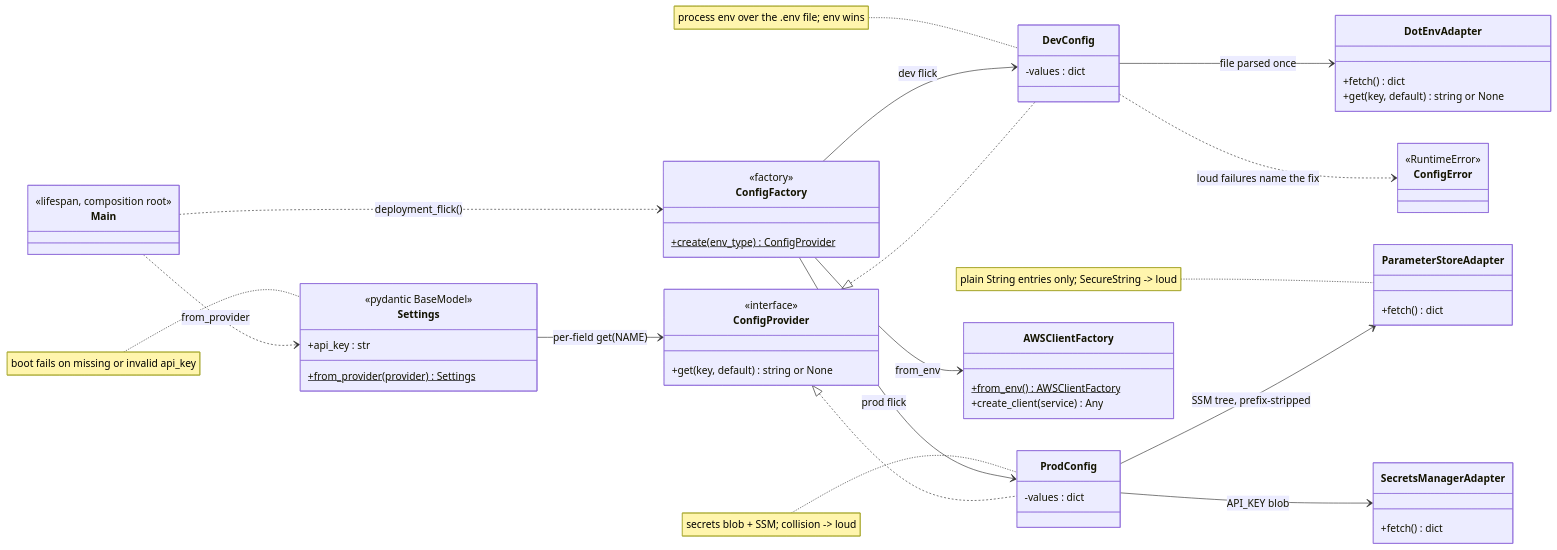
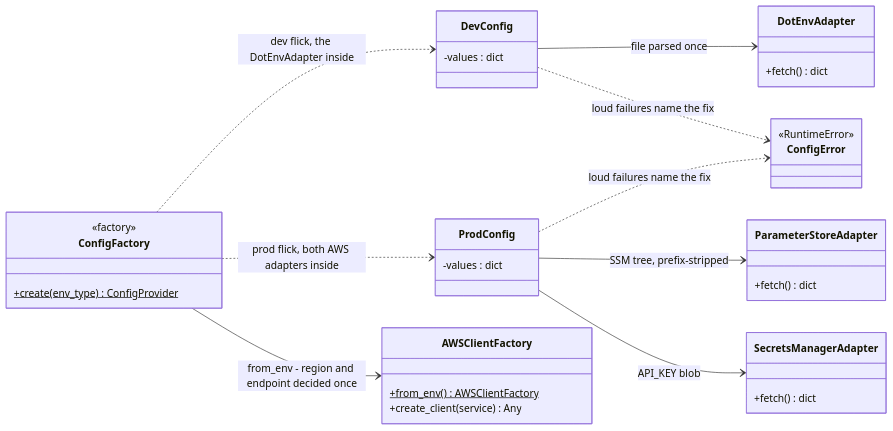
One commit to kunalPisolkar24/detectAI changed the second of 3 diagrams in services/document-parser/specification/references/config.md. Above: the diagram before and after it, drawn with Mermaid. The commit also changed other lines of this file, not shown here.

Commit message:
Split the config reference diagram into the shell and the plane machinery

````diff
--- a/services/document-parser/specification/references/config.md
+++ b/services/document-parser/specification/references/config.md
@@ -38,73 +86,48 @@
 ```mermaid
 classDiagram
     direction LR
 
-    class Main {
-        <<lifespan, composition root>>
-    }
-
     class ConfigFactory {
         <<factory>>
         +create(env_type)$ ConfigProvider
-    }
-
-    class ConfigProvider {
-        <<interface>>
-        +get(key, default) string or None
     }
 
     class DevConfig {
         -values : dict
     }
 
     class ProdConfig {
         -values : dict
     }
 
     class DotEnvAdapter {
         +fetch() dict
-        +get(key, default) string or None
     }
 
     class ParameterStoreAdapter {
         +fetch() dict
     }
 
     class SecretsManagerAdapter {
         +fetch() dict
     }
 
     class AWSClientFactory {
         +from_env()$ AWSClientFactory
         +create_client(service) Any
     }
 
-    class Settings {
-        <<pydantic BaseModel>>
-        +api_key : str
-        +from_provider(provider)$ Settings
-    }
-
     class ConfigError {
         <<RuntimeError>>
     }
 
-    note for DevConfig "process env over the .env file; env wins"
-    note for ProdConfig "secrets blob + SSM; collision -> loud"
-    note for ParameterStoreAdapter "plain String entries only; SecureString -> loud"
-    note for Settings "boot fails on missing or invalid api_key"
-
-    Main ..> ConfigFactory : deployment_flick()
-    ConfigFactory --> DevConfig : dev flick
-    ConfigFactory --> ProdConfig : prod flick
-    ConfigFactory --> AWSClientFactory : from_env
-
-    ConfigProvider <|.. DevConfig
-    ConfigProvider <|.. ProdConfig
+    ConfigFactory --> AWSClientFactory : from_env - region and endpoint decided once
+    ConfigFactory ..> DevConfig : dev flick, the DotEnvAdapter inside
+    ConfigFactory ..> ProdConfig : prod flick, both AWS adapters inside
     DevConfig --> DotEnvAdapter : file parsed once
     ProdConfig --> ParameterStoreAdapter : SSM tree, prefix-stripped
     ProdConfig --> SecretsManagerAdapter : API_KEY blob
-    Main ..> Settings : from_provider
-    Settings --> ConfigProvider : per-field get(NAME)
     DevConfig ..> ConfigError : loud failures name the fix
+    ProdConfig ..> ConfigError : loud failures name the fix
+
 ```
````
